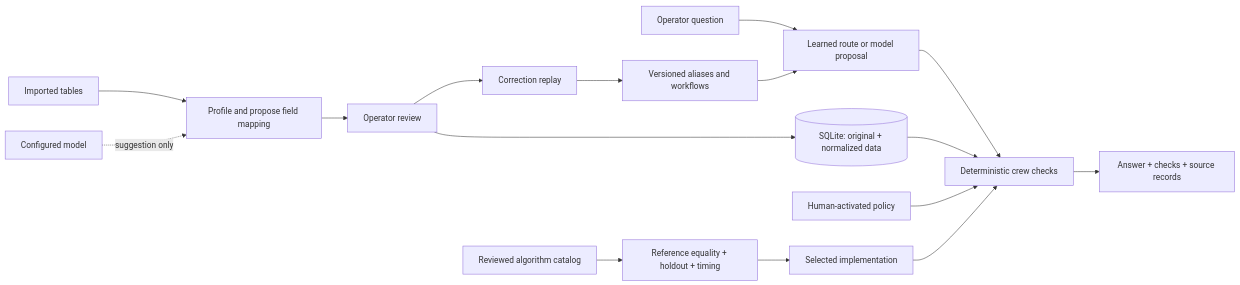
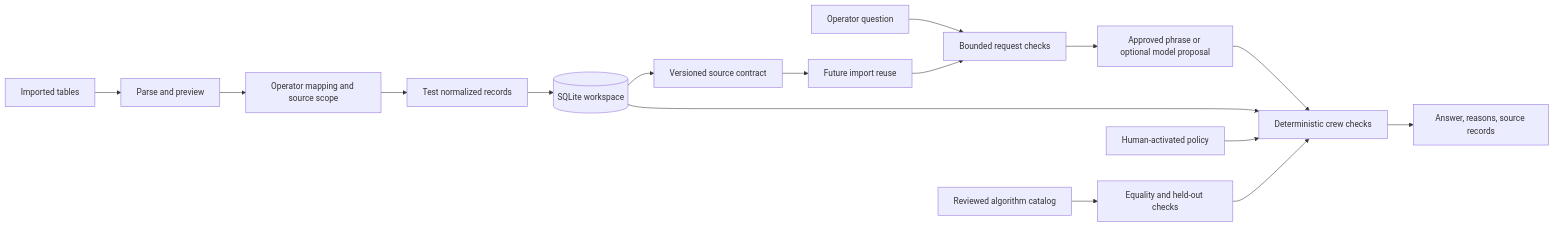
One commit to disc0nnctd/crew-evolve changed the diagram in docs/ARCHITECTURE.md. Above: the diagram before and after it, drawn with Mermaid. The commit also changed other lines of this file and 112 other files, not shown here.

Commit message:
Build reviewed crew-data adaptation and release foundations

````diff
--- a/docs/ARCHITECTURE.md
+++ b/docs/ARCHITECTURE.md
@@ -3,18 +3,18 @@
 ```mermaid
 flowchart LR
-    Files[Imported tables] --> Preview[Profile and propose field mapping]
-    Model[Configured model] -. suggestion only .-> Preview
-    Preview --> Review[Operator review]
-    Review --> Store[(SQLite: original + normalized data)]
-    Review --> Learn[Correction replay]
-    Learn --> Config[Versioned aliases and workflows]
-    Question[Operator question] --> Route[Learned route or model proposal]
-    Config --> Route
+    Files[Imported tables] --> Preview[Parse and preview]
+    Preview --> Review[Operator mapping and source scope]
+    Review --> Test[Test normalized records]
+    Test --> Store[(SQLite workspace)]
+    Store --> Contract[Versioned source contract]
+    Contract --> Reuse[Future import reuse]
+    Question[Operator question] --> Guard[Bounded request checks]
+    Reuse --> Guard
+    Guard --> Route[Approved phrase or optional model proposal]
     Route --> Engine[Deterministic crew checks]
     Store --> Engine
     Policy[Human-activated policy] --> Engine
-    Engine --> Result[Answer + checks + source records]
-    Algorithms[Reviewed algorithm catalog] --> Bench[Reference equality + holdout + timing]
-    Bench --> Strategy[Selected implementation]
-    Strategy --> Engine
+    Engine --> Result[Answer, reasons, source records]
+    Catalog[Reviewed algorithm catalog] --> Gate[Equality and held-out checks]
+    Gate --> Engine
 ```
````
